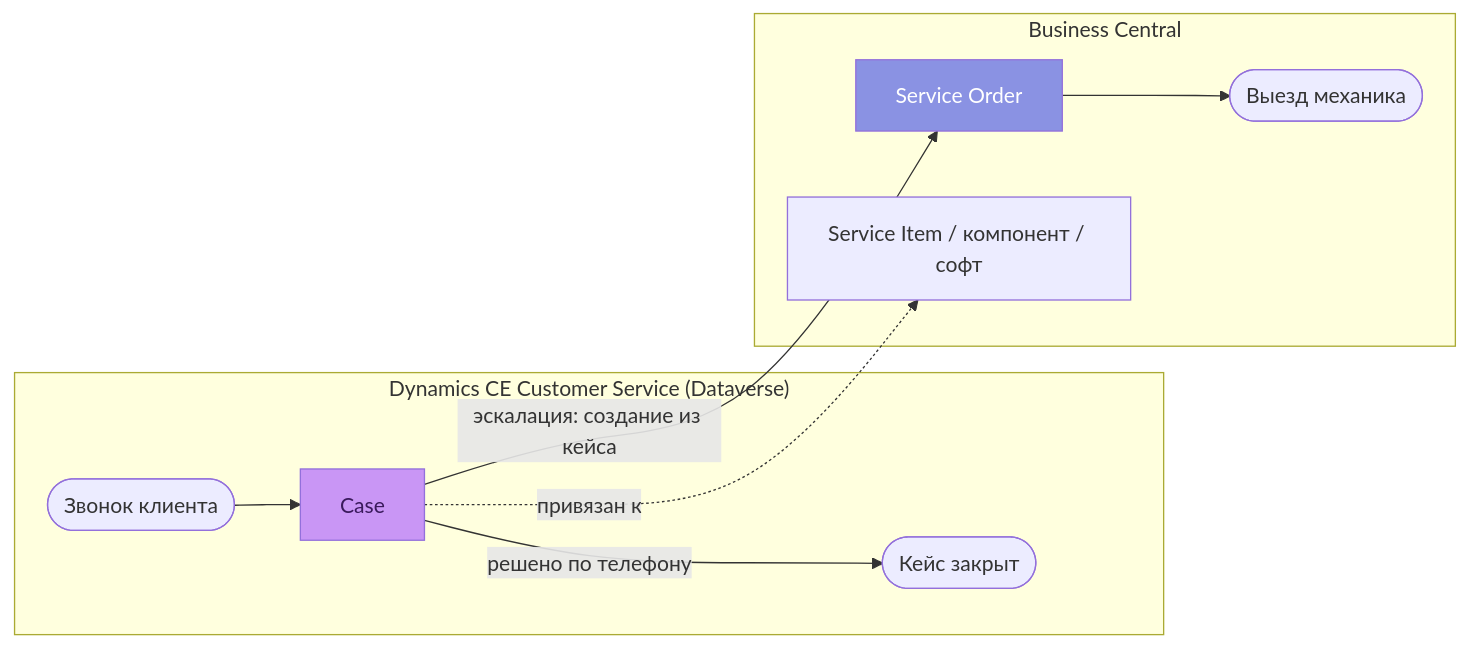
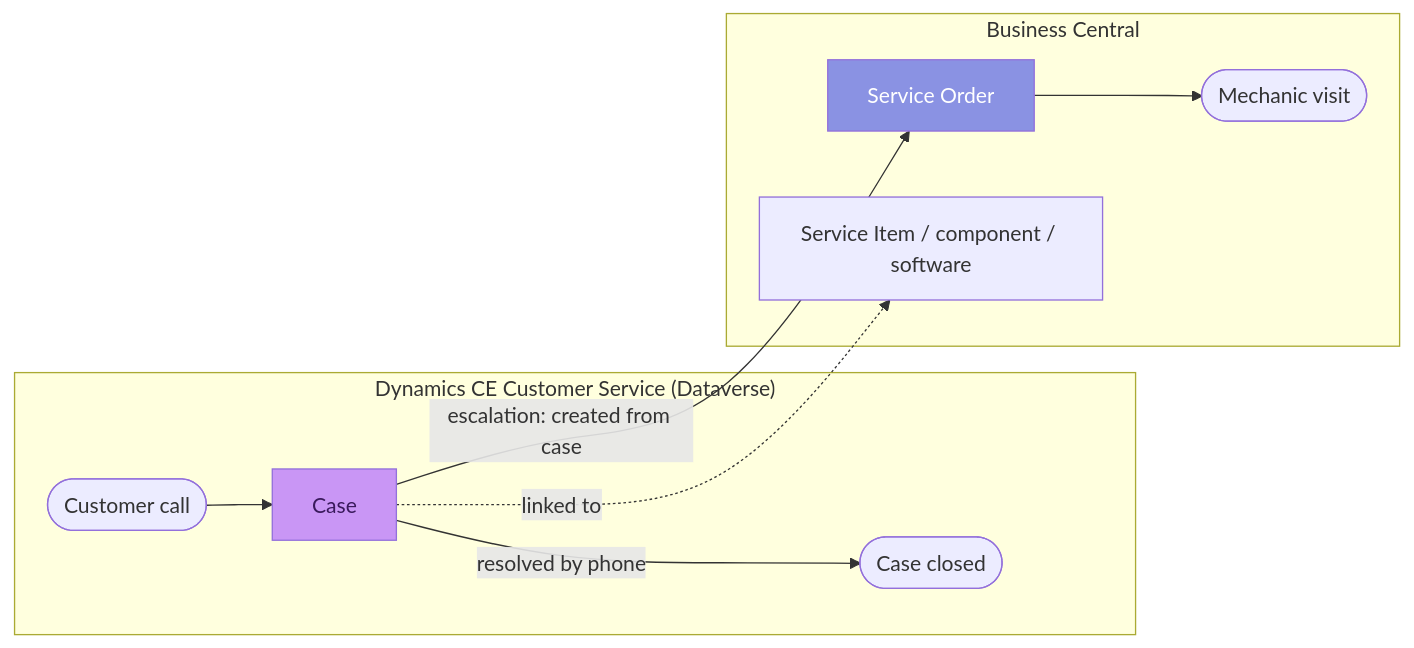
Before and after one commit to zhirkovaa/graph-theory: the second of 3 diagrams in docs/service-process.md, drawn with Mermaid. The commit also changed other lines of this file and 3 other files, not shown here.

````diff
--- a/docs/service-process.md
+++ b/docs/service-process.md
@@ -73,16 +75,16 @@
 ```mermaid
 flowchart LR
     subgraph CE["Dynamics CE Customer Service (Dataverse)"]
-        CALL(["Звонок клиента"]) --> CASE["Case"]
-        CASE -->|"решено по телефону"| CLOSED(["Кейс закрыт"])
+        CALL(["Customer call"]) --> CASE["Case"]
+        CASE -->|"resolved by phone"| CLOSED(["Case closed"])
     end
     subgraph BC["Business Central"]
-        SVO["Service Order"] --> MECH(["Выезд механика"])
-        SVI["Service Item / компонент / софт"]
+        SVO["Service Order"] --> MECH(["Mechanic visit"])
+        SVI["Service Item / component / software"]
     end
-    CASE -->|"эскалация: создание из кейса"| SVO
-    CASE -.->|"привязан к"| SVI
+    CASE -->|"escalation: created from case"| SVO
+    CASE -.->|"linked to"| SVI
 
     style CASE fill:#c996f5,color:#3a1a5c
     style SVO fill:#8a92e3,color:#fff
 ```
````
